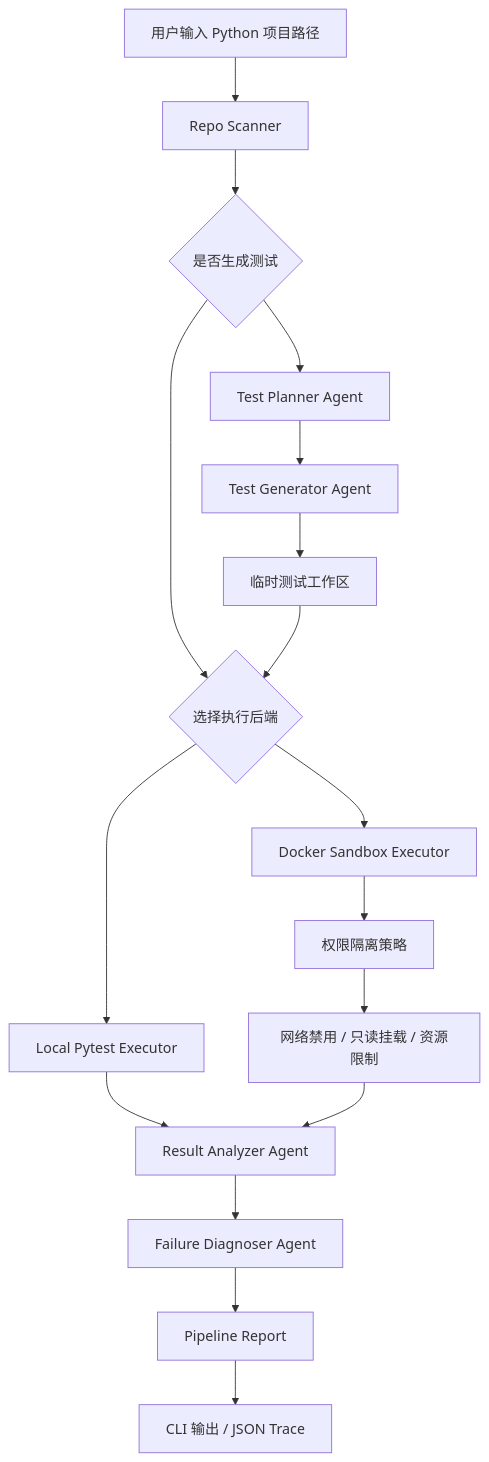
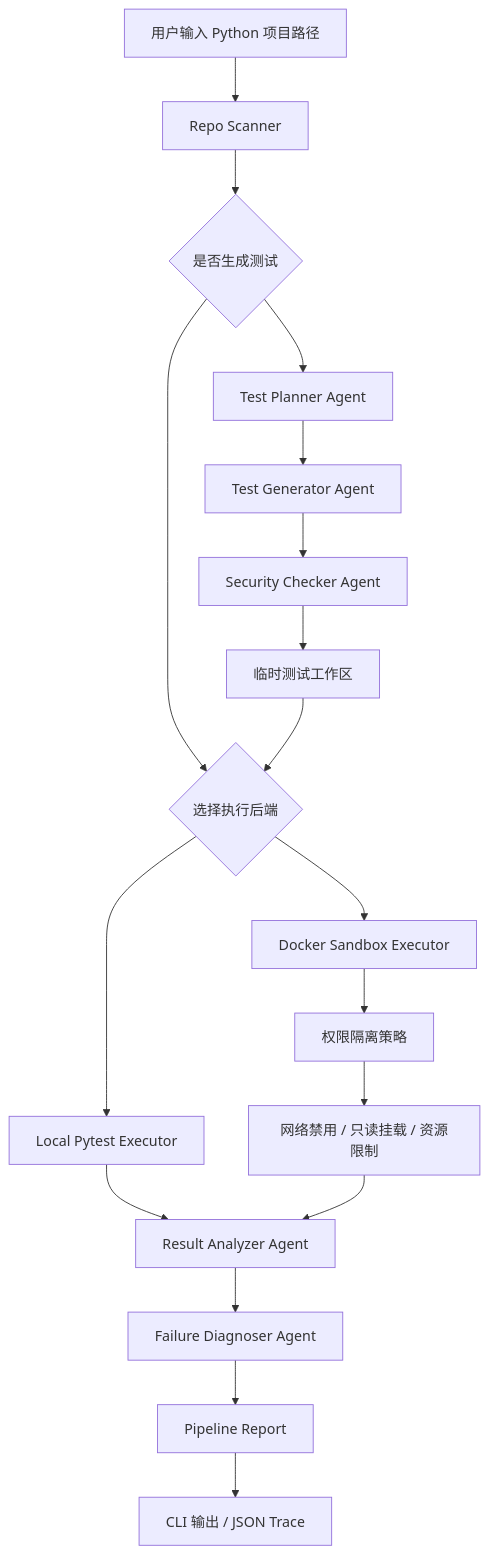
One commit to Isaacsen/cs599-project changed the first of 2 diagrams in docs/architecture.md. Above: the diagram before and after it, drawn with Mermaid. The commit also changed other lines of this file and 13 other files, not shown here.

Commit message:
Add generated test security checker

````diff
--- a/docs/architecture.md
+++ b/docs/architecture.md
@@ -5,19 +5,20 @@
 ```mermaid
 flowchart TD
     A["用户输入 Python 项目路径"] --> B["Repo Scanner"]
     B --> C{"是否生成测试"}
     C --> D["Test Planner Agent"]
     D --> E["Test Generator Agent"]
-    E --> N["临时测试工作区"]
+    E --> P["Security Checker Agent"]
+    P --> N["临时测试工作区"]
     C --> F{"选择执行后端"}
     N --> F
     F --> G["Local Pytest Executor"]
     F --> H["Docker Sandbox Executor"]
     H --> I["权限隔离策略"]
     I --> J["网络禁用 / 只读挂载 / 资源限制"]
     G --> K["Result Analyzer Agent"]
     J --> K
     K --> O["Failure Diagnoser Agent"]
     O --> L["Pipeline Report"]
     L --> M["CLI 输出 / JSON Trace"]
 ```
````
